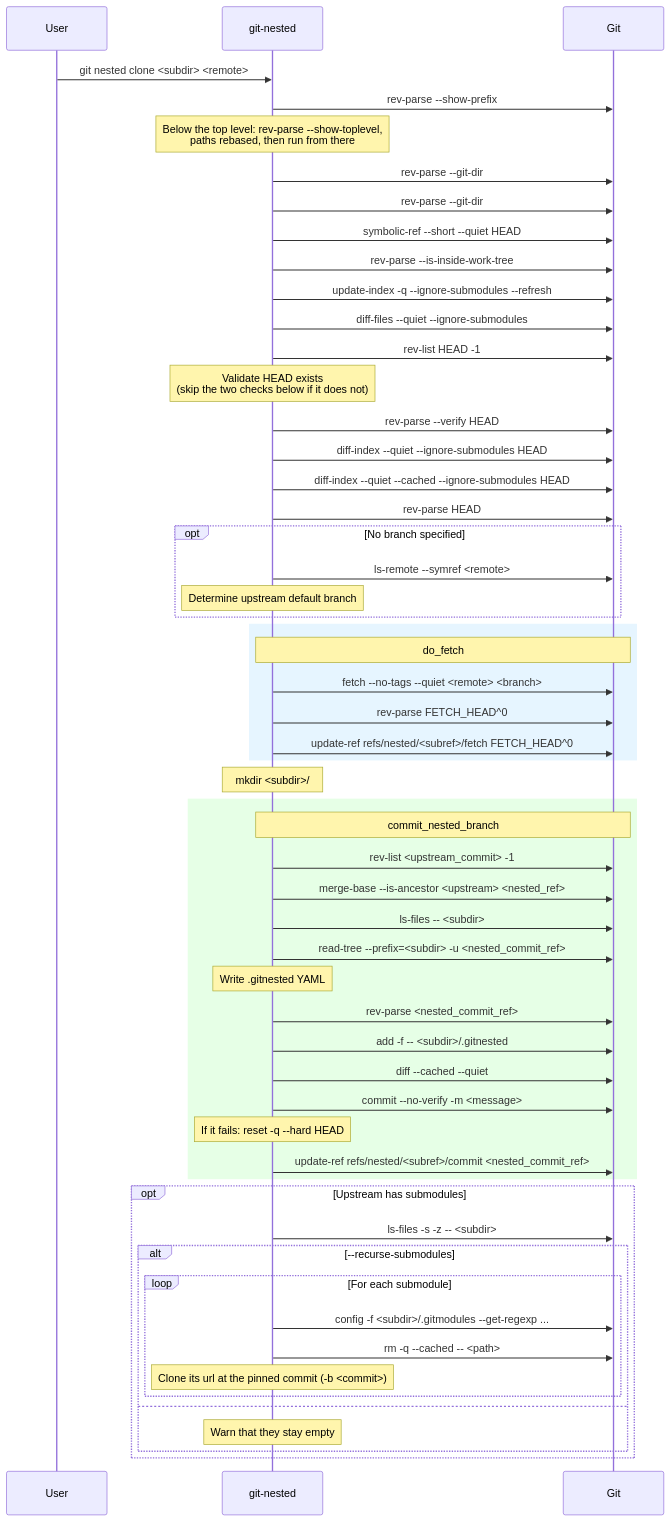
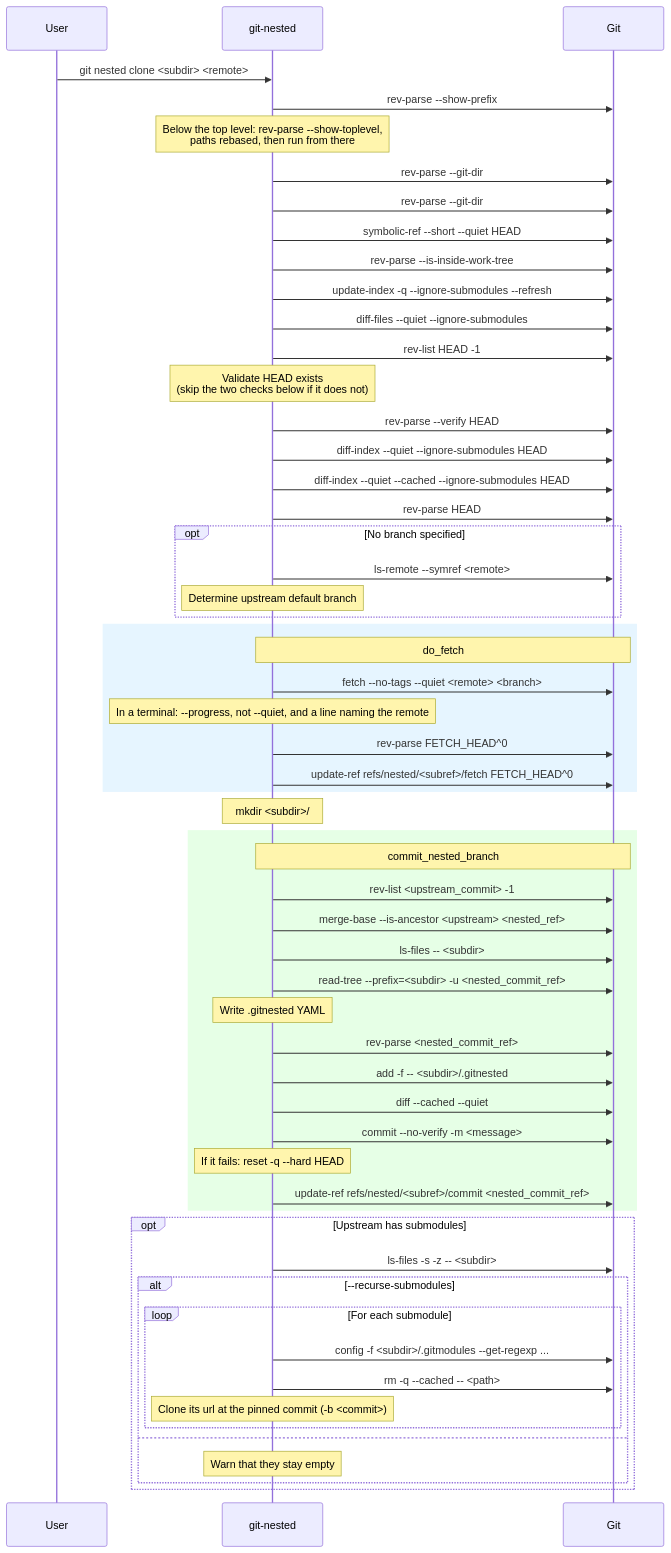
Before and after one commit to thorsten-klein/git-nested: the first of 14 diagrams in docs/diagrams.md, drawn with Mermaid. The commit also changed 7 other files, not shown here.

First line of the commit message:
feat: say which remote git-nested contacts, and show git's progress (#140)

````diff
--- a/docs/diagrams.md
+++ b/docs/diagrams.md
@@ -9,64 +9,65 @@
 ```mermaid
 sequenceDiagram
     participant User
     participant git-nested
     participant Git
 
     User->>git-nested: git nested clone <subdir> <remote>
     git-nested->>Git: rev-parse --show-prefix
     Note over git-nested: Below the top level: rev-parse --show-toplevel,<br/>paths rebased, then run from there
     git-nested->>Git: rev-parse --git-dir
     git-nested->>Git: rev-parse --git-dir
     git-nested->>Git: symbolic-ref --short --quiet HEAD
     git-nested->>Git: rev-parse --is-inside-work-tree
     git-nested->>Git: update-index -q --ignore-submodules --refresh
     git-nested->>Git: diff-files --quiet --ignore-submodules
     git-nested->>Git: rev-list HEAD -1
     Note over git-nested: Validate HEAD exists<br/>(skip the two checks below if it does not)
     git-nested->>Git: rev-parse --verify HEAD
     git-nested->>Git: diff-index --quiet --ignore-submodules HEAD
     git-nested->>Git: diff-index --quiet --cached --ignore-submodules HEAD
     git-nested->>Git: rev-parse HEAD
 
     opt No branch specified
         git-nested->>Git: ls-remote --symref <remote>
         Note over git-nested: Determine upstream default branch
     end
 
     rect rgb(230, 245, 255)
         Note over git-nested,Git: do_fetch
         git-nested->>Git: fetch --no-tags --quiet <remote> <branch>
+        Note over git-nested: In a terminal: --progress, not --quiet, and a line naming the remote
         git-nested->>Git: rev-parse FETCH_HEAD^0
         git-nested->>Git: update-ref refs/nested/<subref>/fetch FETCH_HEAD^0
     end
 
     Note over git-nested: mkdir <subdir>/
 
     rect rgb(230, 255, 230)
         Note over git-nested,Git: commit_nested_branch
         git-nested->>Git: rev-list <upstream_commit> -1
         git-nested->>Git: merge-base --is-ancestor <upstream> <nested_ref>
         git-nested->>Git: ls-files -- <subdir>
         git-nested->>Git: read-tree --prefix=<subdir> -u <nested_commit_ref>
         Note over git-nested: Write .gitnested YAML
         git-nested->>Git: rev-parse <nested_commit_ref>
         git-nested->>Git: add -f -- <subdir>/.gitnested
         git-nested->>Git: diff --cached --quiet
         git-nested->>Git: commit --no-verify -m <message>
         Note over git-nested: If it fails: reset -q --hard HEAD
         git-nested->>Git: update-ref refs/nested/<subref>/commit <nested_commit_ref>
     end
 
     opt Upstream has submodules
         git-nested->>Git: ls-files -s -z -- <subdir>
         alt --recurse-submodules
             loop For each submodule
                 git-nested->>Git: config -f <subdir>/.gitmodules --get-regexp ...
                 git-nested->>Git: rm -q --cached -- <path>
                 Note over git-nested: Clone its url at the pinned commit (-b <commit>)
             end
         else
             Note over git-nested: Warn that they stay empty
         end
     end
 ```
````
